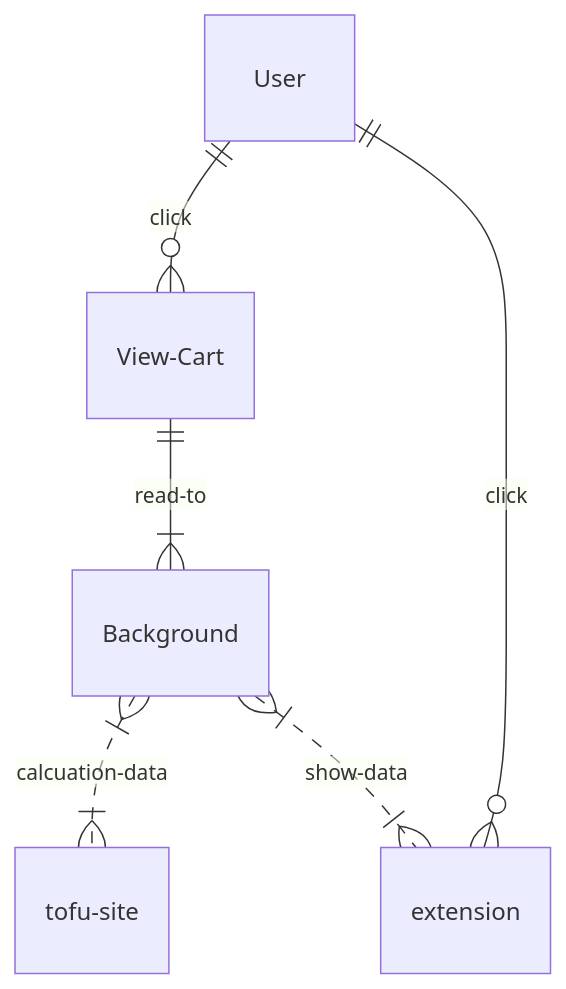
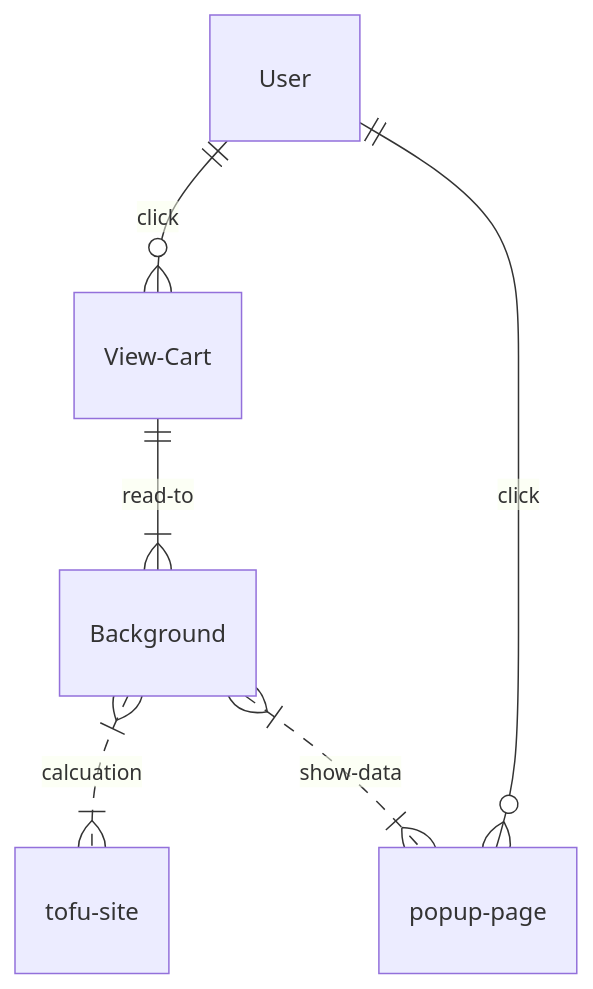
One commit to tonychen2/sexytofu changed the diagram in web-plugin/readme.MD. Above: the diagram before and after it, drawn with Mermaid. The commit also changed other lines of this file, not shown here.

````diff
--- a/web-plugin/readme.MD
+++ b/web-plugin/readme.MD
@@ -78,8 +79,8 @@
 ```mermaid
 erDiagram
     User ||--o{ View-Cart : click
     View-Cart ||--|{ Background : read-to
-    Background }|..|{ tofu-site : calcuation-data
-    Background  }|..|{ extension : show-data
-    User  ||--o{ extension : click
+    Background }|..|{ tofu-site : calcuation
+    Background  }|..|{ popup-page : show-data
+    User  ||--o{ popup-page : click
 ```
````
